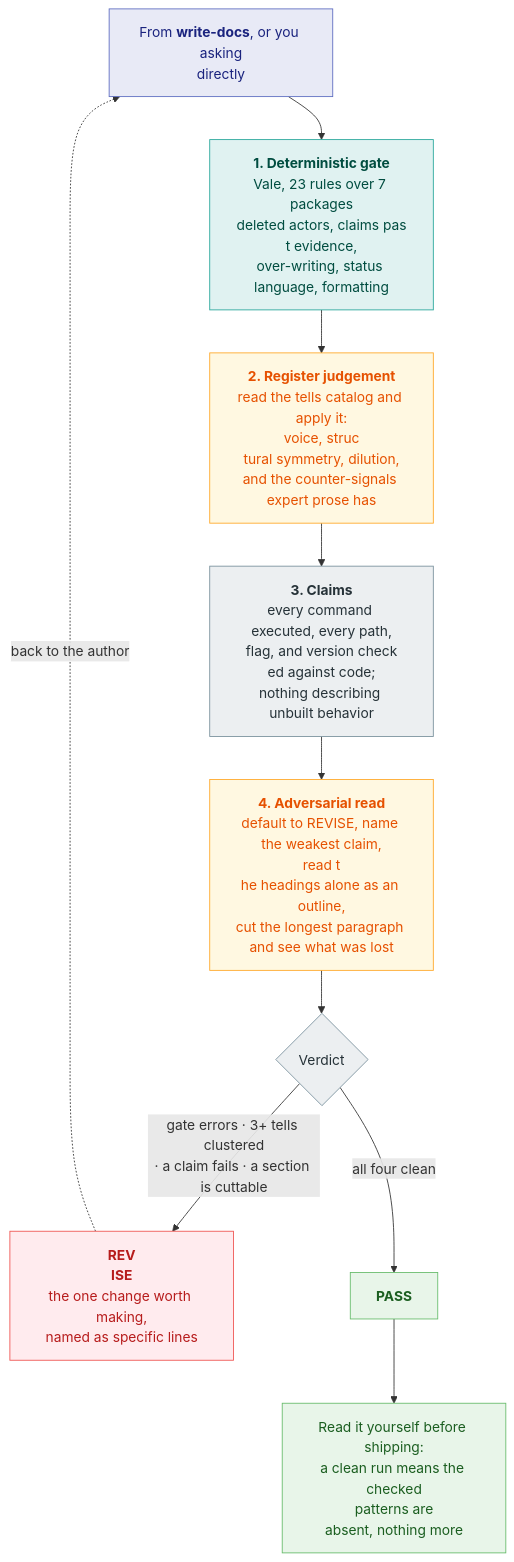
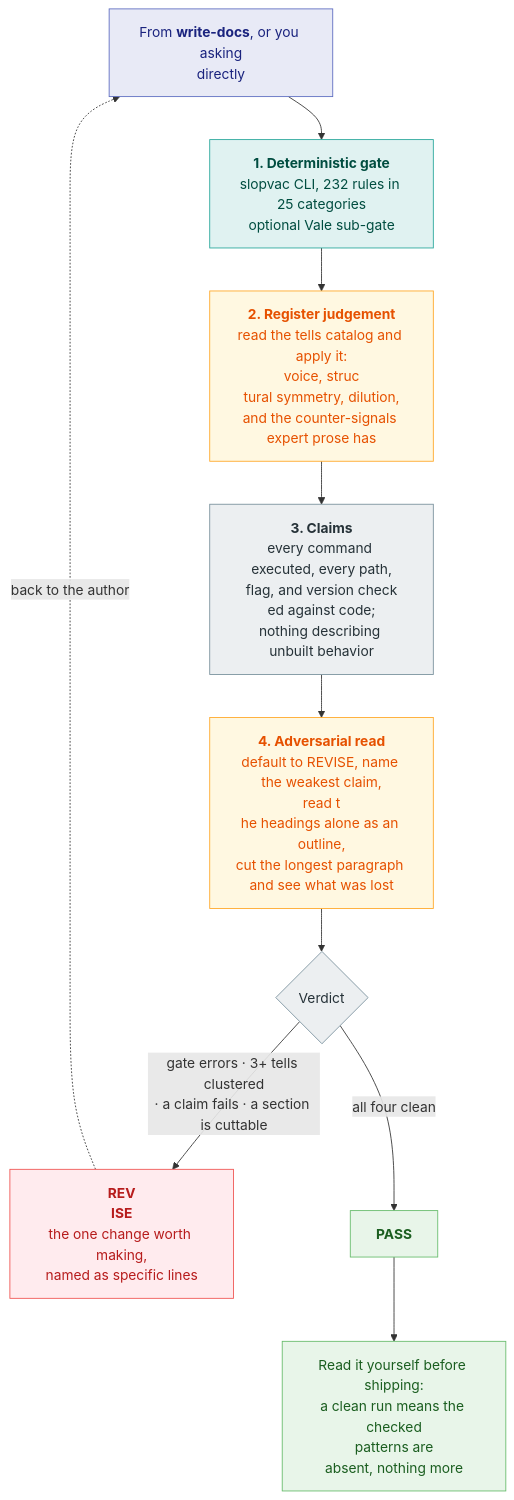
One commit to srobroek/slopvac changed the second of 2 diagrams in README.md. Above: the diagram before and after it, drawn with Mermaid. The commit also changed other lines of this file and 100 other files, not shown here.

````diff
--- a/README.md
+++ b/README.md
@@ -97,42 +106,41 @@
 ```mermaid
 flowchart TD
     IN["From <b>write-docs</b>, or you asking<br/>directly"]
 
     IN --> GATE
 
-    GATE["<b>1. Deterministic gate</b><br/>Vale, 23 rules over 7 packages<br/>deleted actors, claims pas
-t evidence,<br/>over-writing, status language, formatting"]
+    GATE["<b>1. Deterministic gate</b><br/>slopvac CLI, 232 rules in 25 categories<br/>optional Vale sub-gate"]
 
     GATE --> REG["<b>2. Register judgement</b><br/>read the tells catalog and apply it:<br/>voice, struc
 tural symmetry, dilution,<br/>and the counter-signals expert prose has"]
 
     REG --> CLAIMS["<b>3. Claims</b><br/>every command executed, every path,<br/>flag, and version check
 ed against code;<br/>nothing describing unbuilt behavior"]
 
     CLAIMS --> CUT["<b>4. Adversarial read</b><br/>default to REVISE, name the weakest claim,<br/>read t
 he headings alone as an outline,<br/>cut the longest paragraph and see what was lost"]
 
     CUT --> V{"Verdict"}
 
     V -->|"gate errors · 3+ tells clustered<br/>· a claim fails · a section is cuttable"| REVISE["<b>REV
 ISE</b><br/>the one change worth making,<br/>named as specific lines"]
     V -->|"all four clean"| PASS["<b>PASS</b>"]
 
     REVISE -.->|back to the author| IN
     PASS --> SHIP["Read it yourself before shipping:<br/>a clean run means the checked<br/>patterns are
 absent, nothing more"]
 
     classDef you fill:#e8eaf6,stroke:#5c6bc0,color:#1a237e
     classDef det fill:#e0f2f1,stroke:#26a69a,color:#004d40
     classDef jud fill:#fff8e1,stroke:#ffa726,color:#e65100
     classDef work fill:#eceff1,stroke:#78909c,color:#263238
     classDef bad fill:#ffebee,stroke:#ef5350,color:#b71c1c
     classDef good fill:#e8f5e9,stroke:#66bb6a,color:#1b5e20
 
     class IN you
     class GATE det
     class REG,CUT jud
     class CLAIMS,V work
     class REVISE bad
     class PASS,SHIP good
 ```
````
